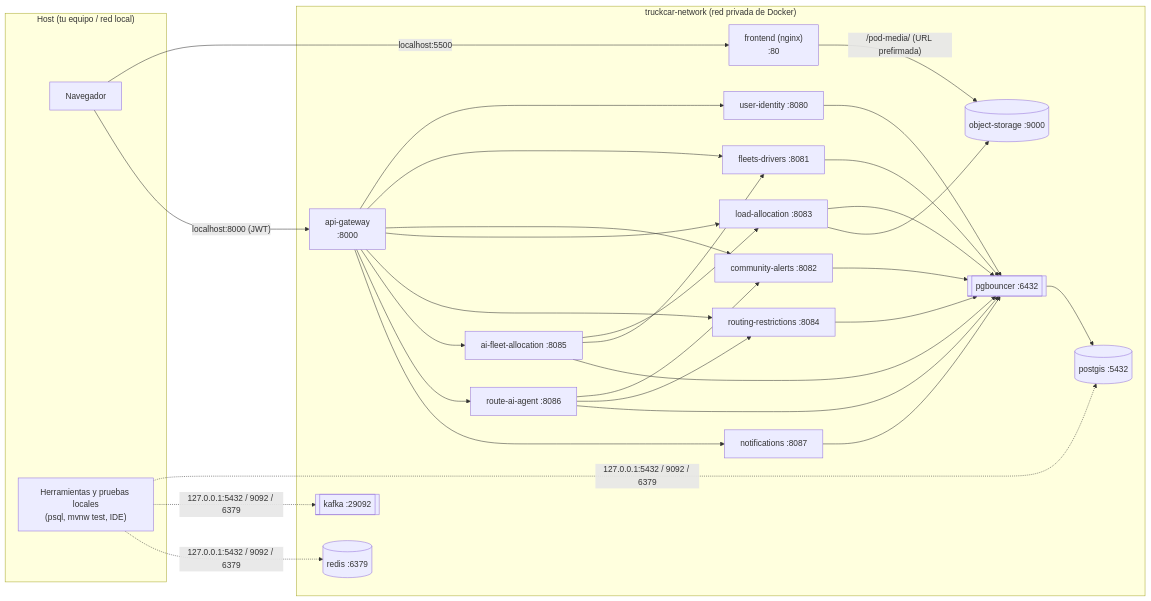
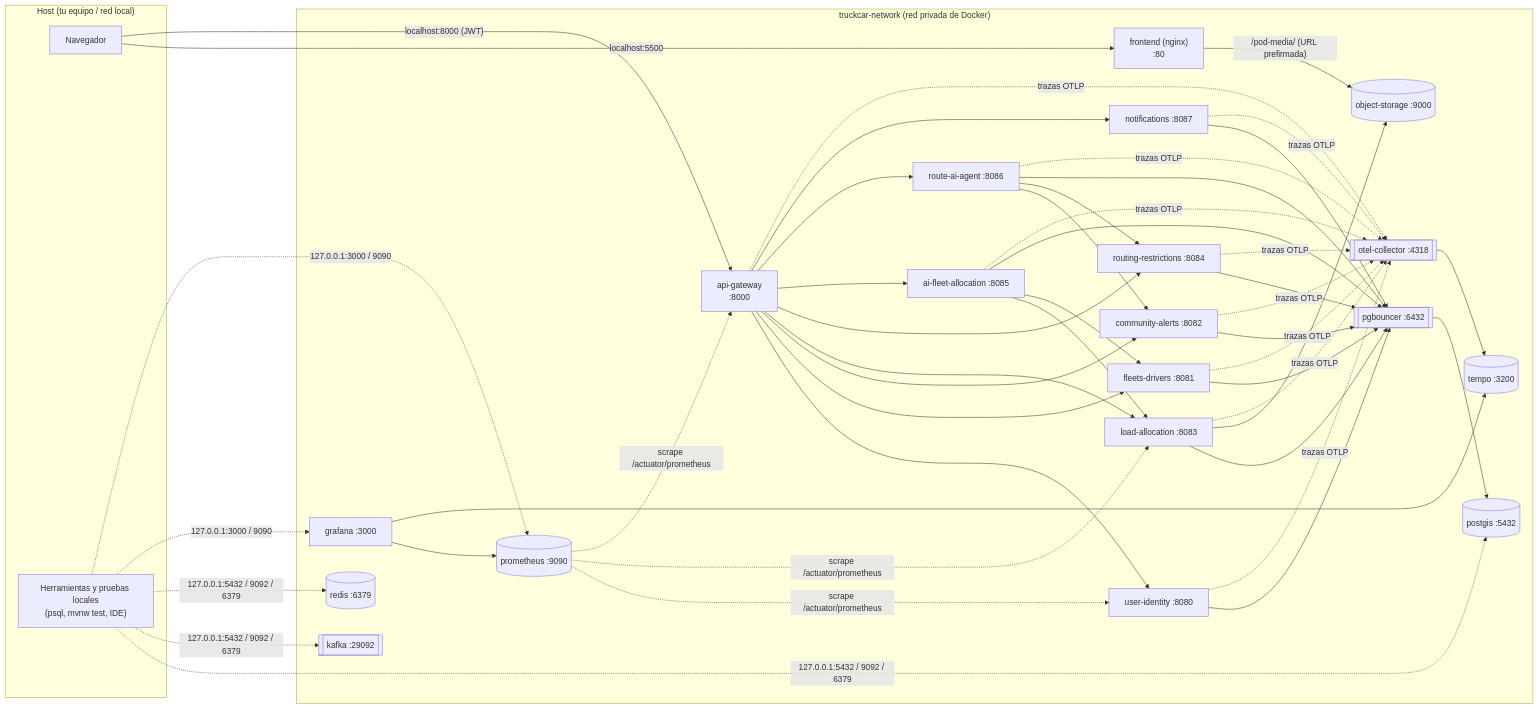
The diagram in README.md (TRUCKCAR-APP/Deployment-Infrastructure), drawn with Mermaid before and after one commit. The commit also changed other lines of this file, not shown here.

````diff
--- a/README.md
+++ b/README.md
@@ -9,35 +10,43 @@
 ```mermaid
 flowchart LR
     subgraph host["Host (tu equipo / red local)"]
         browser["Navegador"]
         tools["Herramientas y pruebas locales<br/>(psql, mvnw test, IDE)"]
     end
 
     subgraph net["truckcar-network (red privada de Docker)"]
         gw["api-gateway<br/>:8000"]
         fe["frontend (nginx)<br/>:80"]
         ui["user-identity :8080"]
         fd["fleets-drivers :8081"]
         ca["community-alerts :8082"]
         la["load-allocation :8083"]
         rr["routing-restrictions :8084"]
         ai["ai-fleet-allocation :8085"]
         ra["route-ai-agent :8086"]
         nt["notifications :8087"]
         pb[["pgbouncer :6432"]]
         pg[("postgis :5432")]
         kf[["kafka :29092"]]
         rd[("redis :6379")]
         s3[("object-storage :9000")]
+        otel[["otel-collector :4318"]]
+        tempo[("tempo :3200")]
+        prom[("prometheus :9090")]
+        graf["grafana :3000"]
     end
 
     browser -- "localhost:5500" --> fe
     browser -- "localhost:8000 (JWT)" --> gw
     gw --> ui & fd & ca & la & rr & ai & ra & nt
     ai --> la & fd
     ra --> ca & rr
     ui & fd & ca & la & rr & ai & ra & nt --> pb --> pg
     fe -- "/pod-media/ (URL prefirmada)" --> s3
     la --> s3
     tools -. "127.0.0.1:5432 / 9092 / 6379" .-> pg & kf & rd
+    ui & fd & ca & la & rr & ai & ra & nt & gw -. "trazas OTLP" .-> otel --> tempo
+    prom -. "scrape /actuator/prometheus" .-> ui & la & gw
+    graf --> prom & tempo
+    tools -. "127.0.0.1:3000 / 9090" .-> graf & prom
 ```
````
